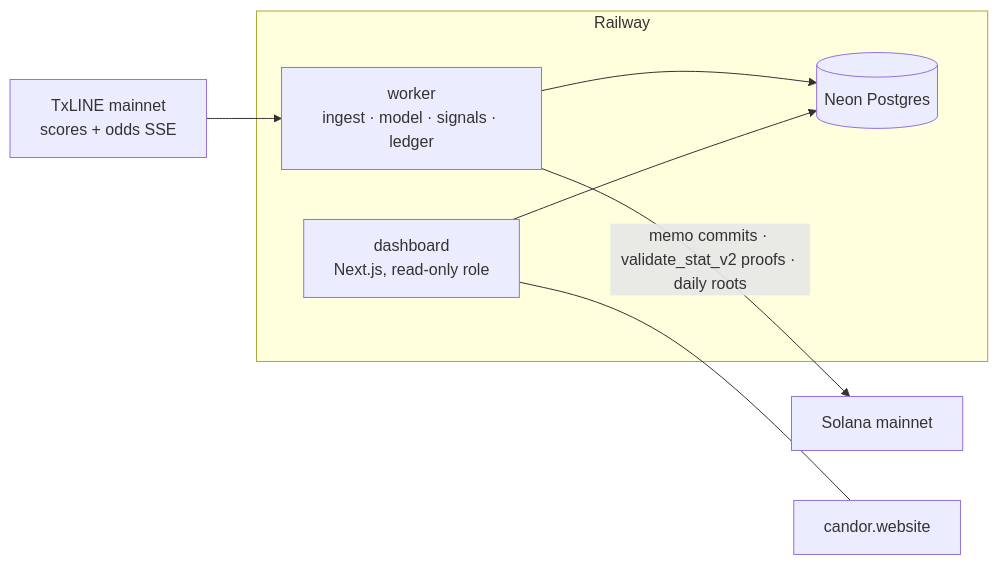
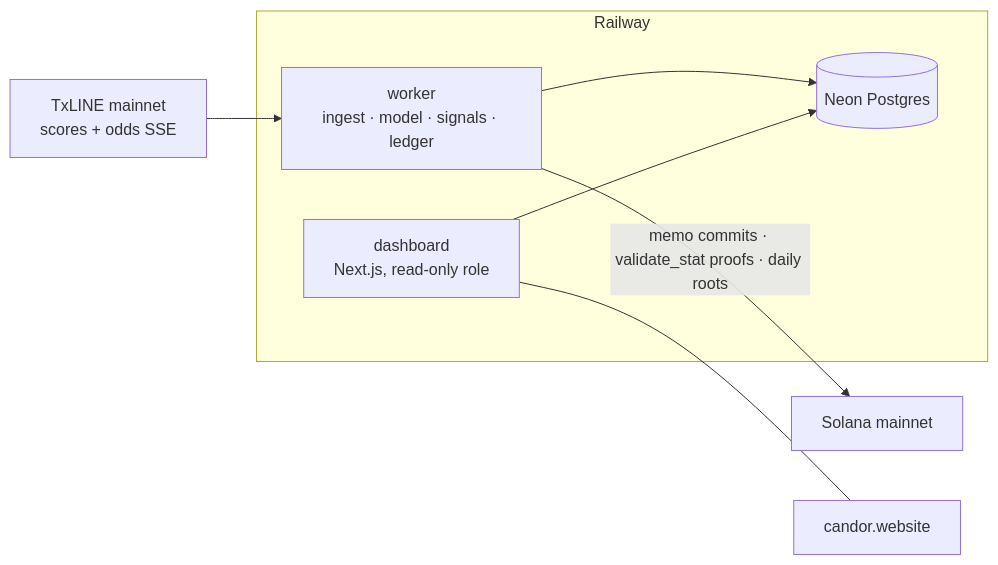
One commit to AngryPacifist/Candor changed the diagram in README.md. Above: the diagram before and after it, drawn with Mermaid. The commit also changed other lines of this file and 14 other files, not shown here.

First line of the commit message:
Proof layer on validate_stat_v3: multiproof primary, V2 automatic fallback

````diff
--- a/README.md
+++ b/README.md
@@ -193,10 +200,10 @@
 ```mermaid
 flowchart LR
   TX[TxLINE mainnet<br/>scores + odds SSE] --> W
   subgraph Railway
     W[worker<br/>ingest · model · signals · ledger] --> DB[(Neon Postgres)]
     D[dashboard<br/>Next.js, read-only role] --> DB
   end
-  W -->|memo commits · validate_stat_v2 proofs · daily roots| SOL[Solana mainnet]
+  W -->|memo commits · validate_stat proofs · daily roots| SOL[Solana mainnet]
   D --- U[candor.website]
 ```
````
